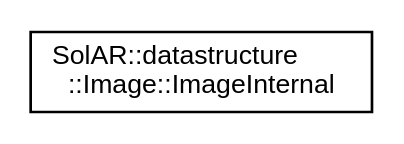
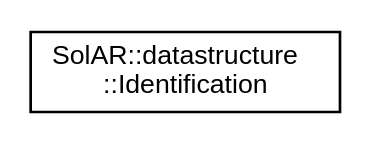
The diagram in api_documentation/inherit_graph_17.dot (SolarFramework/solarframework.github.io), drawn with Graphviz before and after one commit. The commit also changed 544 other files, not shown here.

```diff
--- a/api_documentation/inherit_graph_17.dot
+++ b/api_documentation/inherit_graph_17.dot
@@ -1,7 +1,7 @@
 digraph "Graphical Class Hierarchy"
 {
   edge [fontname="Helvetica",fontsize="10",labelfontname="Helvetica",labelfontsize="10"];
   node [fontname="Helvetica",fontsize="10",shape=record];
   rankdir="LR";
-  Node0 [label="SolAR::datastructure\l::Image::ImageInternal",height=0.2,width=0.4,color="black", fillcolor="white", style="filled",URL="$class_sol_a_r_1_1datastructure_1_1_image_1_1_image_internal.html",tooltip="A 2D image buffer.. "];
+  Node0 [label="SolAR::datastructure\l::Identification",height=0.2,width=0.4,color="black", fillcolor="white", style="filled",URL="$class_sol_a_r_1_1datastructure_1_1_identification.html",tooltip="This component includes identification informations specified a map. "];
 }
```
